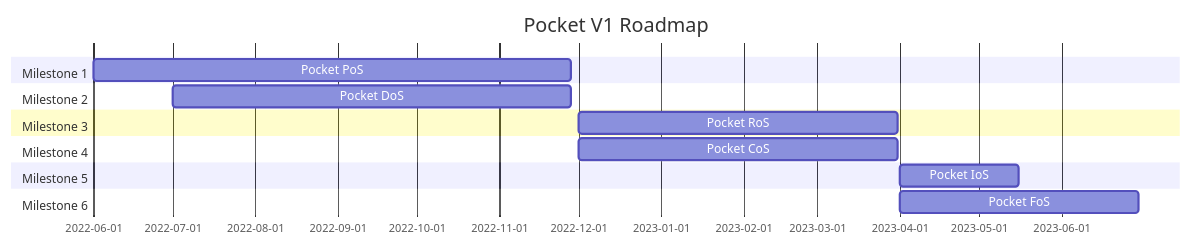
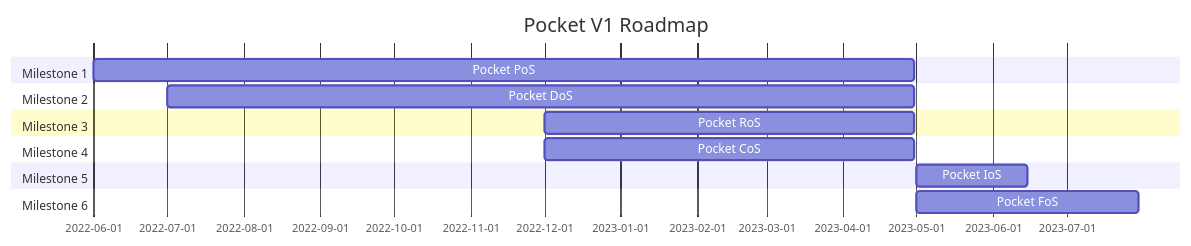
Before and after one commit to pokt-network/pocket: the diagram in docs/roadmap/README.md, drawn with Mermaid.

Commit message:
Update Roadmap Timelines
Updated roadmap timelines post Q1 2023 planning.

- PoS, DoS, RoS and CoS pushed to May 2023 delivery since they are being done in parallel
- IoS and FoS pushed to June and July 2023 respectively

@Olshansk can you advise if this is the right representation of the env work between CoS and DoS or if CoS needs to be adjusted in light of DoS timeline?

````diff
--- a/docs/roadmap/README.md
+++ b/docs/roadmap/README.md
@@ -23,17 +23,17 @@
 ```mermaid
 gantt
     title Pocket V1 Roadmap
     dateFormat  YYYY-MM-DD
     section Milestone 1
-        Pocket PoS       :a1, 2022-06-01, 180d
+        Pocket PoS       :a1, 2022-06-01, 333d
     section Milestone 2
-        Pocket DoS       :a1, 2022-07-01, 150d
+        Pocket DoS       :a1, 2022-07-01, 303d
     section Milestone 3
-        Pocket RoS       :a1, 2022-12-01, 120d
+        Pocket RoS       :a1, 2022-12-01, 150d
     section Milestone 4
-        Pocket CoS       :a1, 2022-12-01, 120d
+        Pocket CoS       :a1, 2022-12-01, 150d
     section Milestone 5
-        Pocket IoS       :a1, 2023-04-01, 45d
+        Pocket IoS       :a1, 2023-05-01, 45d
     section Milestone 6
-        Pocket FoS       :a1, 2023-04-01, 90d
+        Pocket FoS       :a1, 2023-05-01, 90d
 ```
````
